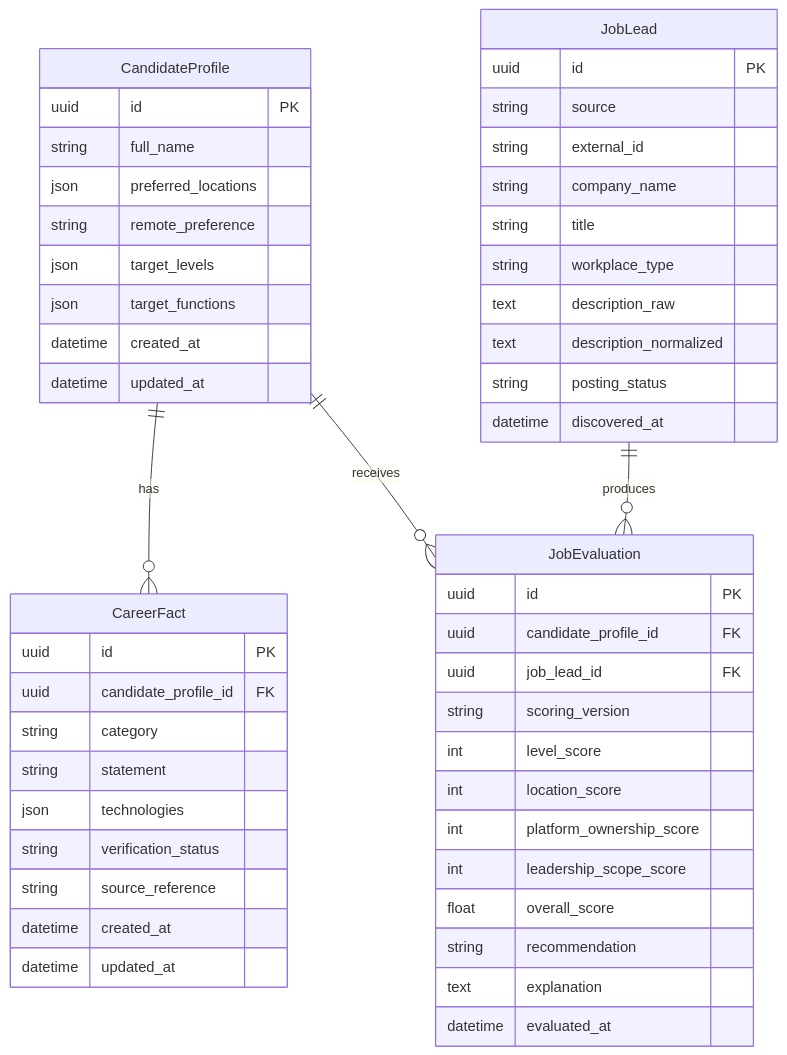
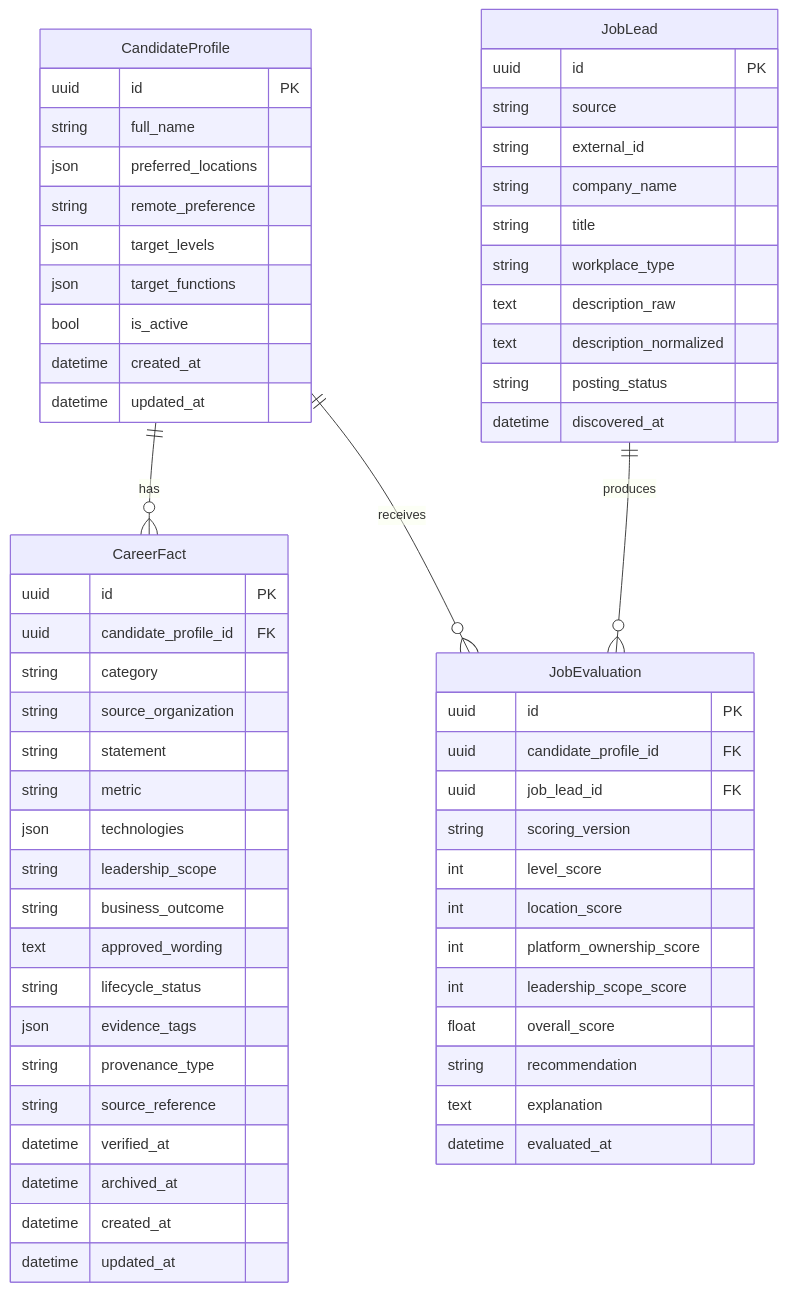
Before and after one commit to radiation/ai-job-assistant: the diagram in docs/architecture.md, drawn with Mermaid. The commit also changed other lines of this file and 28 other files, not shown here.

````diff
--- a/docs/architecture.md
+++ b/docs/architecture.md
@@ -21,57 +23,67 @@
 ```mermaid
 erDiagram
     CandidateProfile ||--o{ CareerFact : has
     CandidateProfile ||--o{ JobEvaluation : receives
     JobLead ||--o{ JobEvaluation : produces
 
     CandidateProfile {
         uuid id PK
         string full_name
         json preferred_locations
         string remote_preference
         json target_levels
         json target_functions
+        bool is_active
         datetime created_at
         datetime updated_at
     }
 
     CareerFact {
         uuid id PK
         uuid candidate_profile_id FK
         string category
+        string source_organization
         string statement
+        string metric
         json technologies
-        string verification_status
+        string leadership_scope
+        string business_outcome
+        text approved_wording
+        string lifecycle_status
+        json evidence_tags
+        string provenance_type
         string source_reference
+        datetime verified_at
+        datetime archived_at
         datetime created_at
         datetime updated_at
     }
 
     JobLead {
         uuid id PK
         string source
         string external_id
         string company_name
         string title
         string workplace_type
         text description_raw
         text description_normalized
         string posting_status
         datetime discovered_at
     }
 
     JobEvaluation {
         uuid id PK
         uuid candidate_profile_id FK
         uuid job_lead_id FK
         string scoring_version
         int level_score
         int location_score
         int platform_ownership_score
         int leadership_scope_score
         float overall_score
         string recommendation
         text explanation
         datetime evaluated_at
     }
 ```
````
